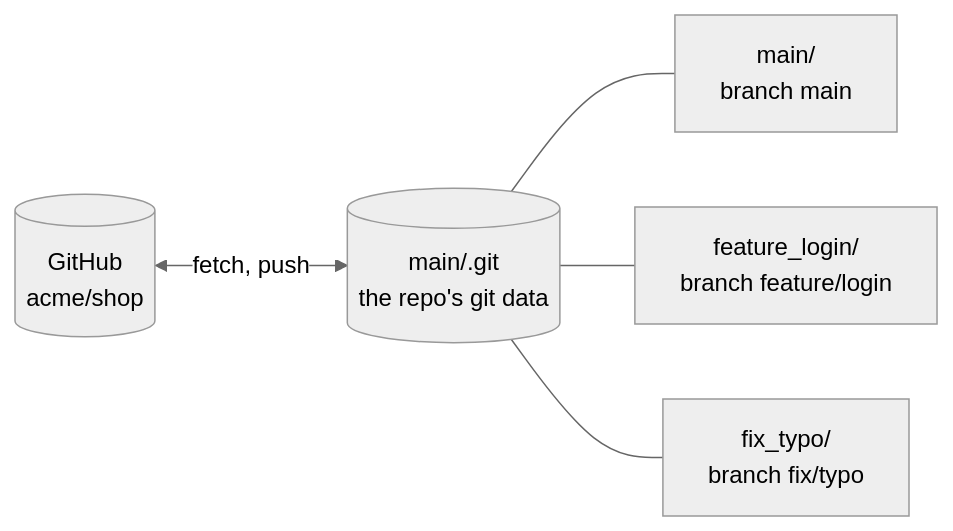
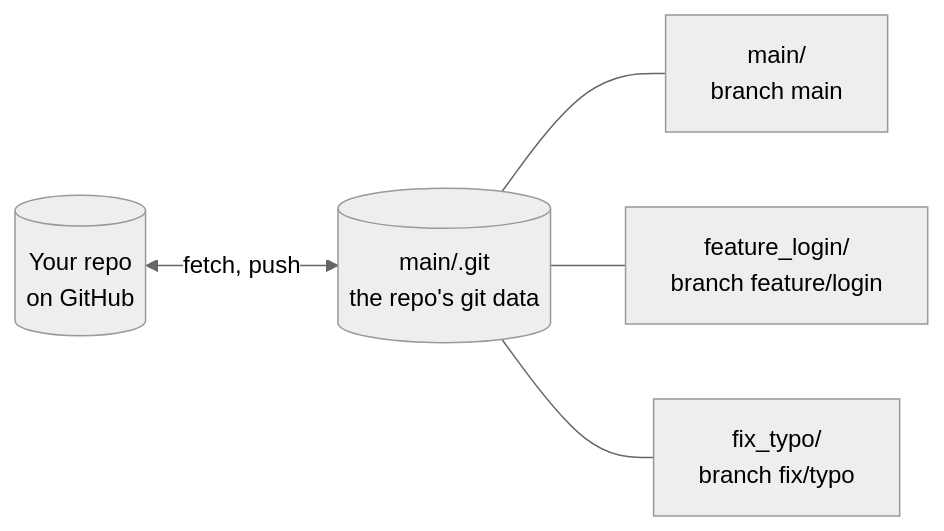
Before and after one commit to alisonhall/dotfiles: the diagram in git/wt/README.md, drawn with Mermaid (neutral theme). The commit also changed other lines of this file, not shown here.

First line of the commit message:
Use placeholders in the wt README, and show the .git file vs folder

````diff
--- a/git/wt/README.md
+++ b/git/wt/README.md
@@ -126,7 +142,7 @@
 ```mermaid
 flowchart LR
-    github[("GitHub<br>acme/shop")] <-- "fetch, push" --> data[("main/.git<br>the repo's git data")]
+    github[("Your repo<br>on GitHub")] <-- "fetch, push" --> data[("main/.git<br>the repo's git data")]
     data --- main["main/<br>branch main"]
     data --- login["feature_login/<br>branch feature/login"]
     data --- typo["fix_typo/<br>branch fix/typo"]
 ```
````
